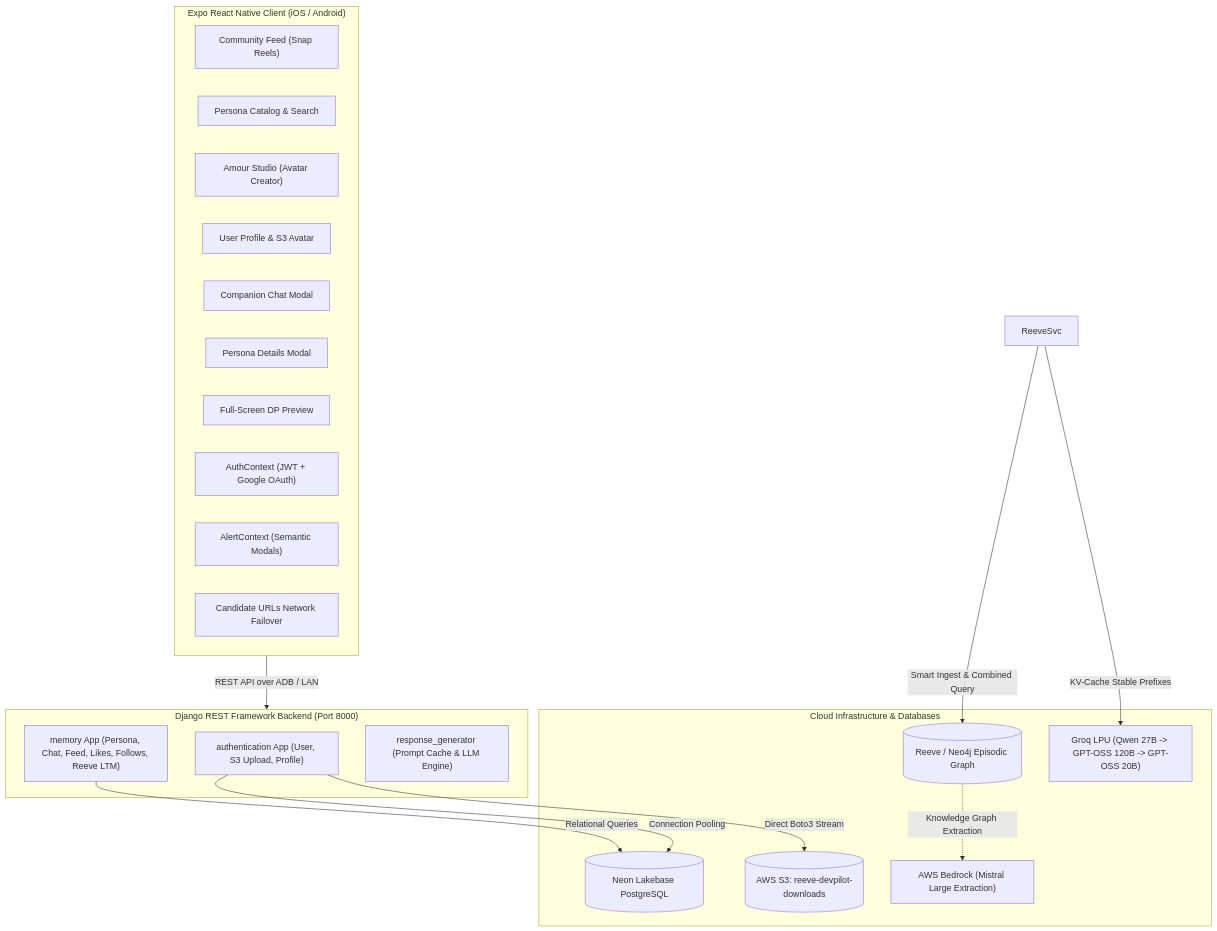
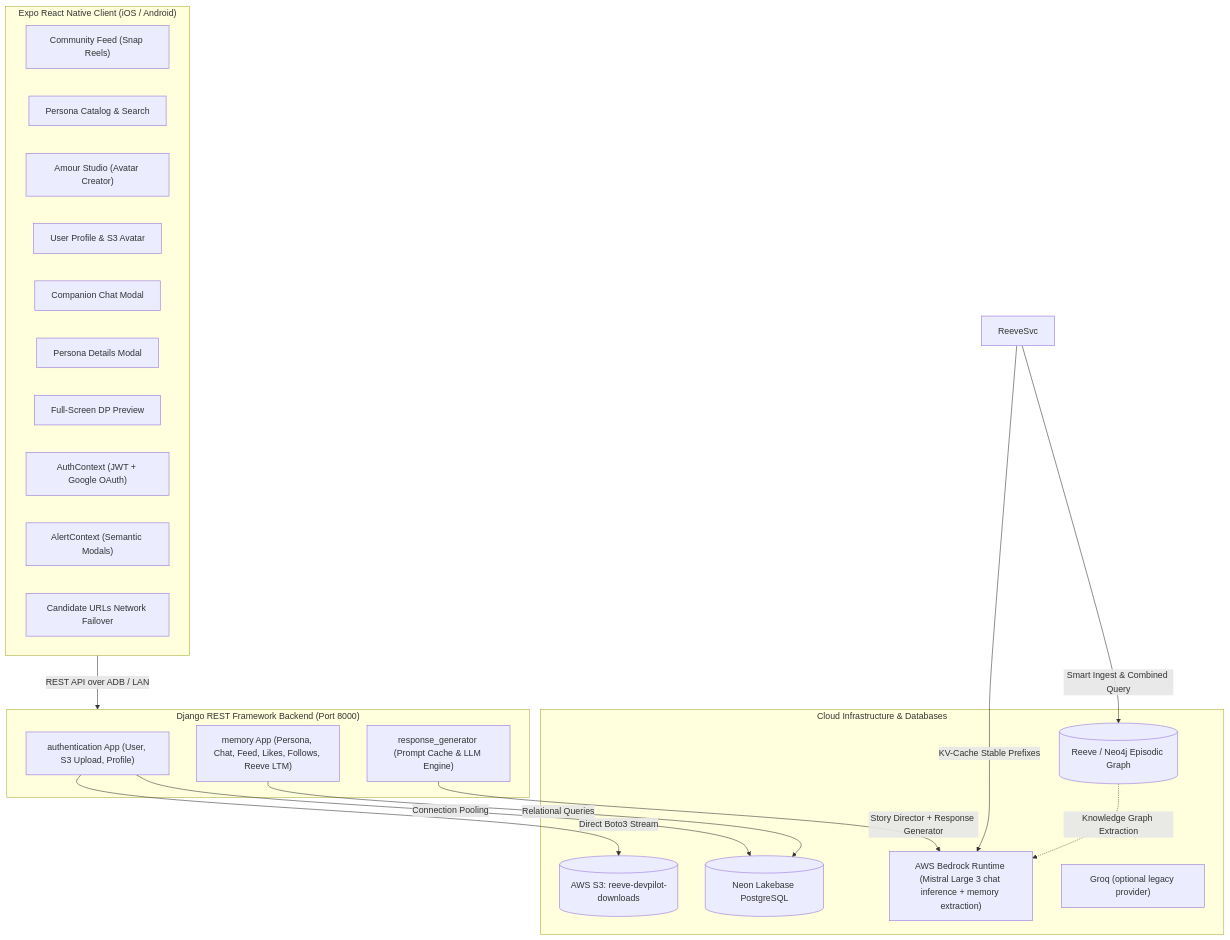
The first of 2 diagrams in SYSTEM_ARCHITECTURE_AND_ENGINEERING.md (Ampplex/Amour-AI), drawn with Mermaid before and after one commit. The commit also changed other lines of this file, not shown here.

Commit message:
Update architecture documentation for Bedrock chat inference

````diff
--- a/SYSTEM_ARCHITECTURE_AND_ENGINEERING.md
+++ b/SYSTEM_ARCHITECTURE_AND_ENGINEERING.md
@@ -39,38 +39,39 @@
 ```mermaid
 flowchart TD
     subgraph Client ["Expo React Native Client (iOS / Android)"]
         UI_Home["Community Feed (Snap Reels)"]
         UI_Personas["Persona Catalog & Search"]
         UI_Studio["Amour Studio (Avatar Creator)"]
         UI_Profile["User Profile & S3 Avatar"]
         UI_Chat["Companion Chat Modal"]
         UI_Detail["Persona Details Modal"]
         UI_Preview["Full-Screen DP Preview"]
         
         AuthCtx["AuthContext (JWT + Google OAuth)"]
         AlertCtx["AlertContext (Semantic Modals)"]
         NetFail["Candidate URLs Network Failover"]
     end
 
     subgraph Backend ["Django REST Framework Backend (Port 8000)"]
         AuthApp["authentication App (User, S3 Upload, Profile)"]
         MemApp["memory App (Persona, Chat, Feed, Likes, Follows, Reeve LTM)"]
         RespGen["response_generator (Prompt Cache & LLM Engine)"]
     end
 
     subgraph Storage ["Cloud Infrastructure & Databases"]
         NeonPG[("Neon Lakebase PostgreSQL")]
         S3Bucket[("AWS S3: reeve-devpilot-downloads")]
         ReeveGraph[("Reeve / Neo4j Episodic Graph")]
-        Bedrock["AWS Bedrock (Mistral Large Extraction)"]
-        Groq["Groq LPU (Qwen 27B -> GPT-OSS 120B -> GPT-OSS 20B)"]
+        Bedrock["AWS Bedrock Runtime (Mistral Large 3 chat inference + memory extraction)"]
+        Groq["Groq (optional legacy provider)"]
     end
 
     Client -->|REST API over ADB / LAN| Backend
     AuthApp -->|Connection Pooling| NeonPG
     AuthApp -->|Direct Boto3 Stream| S3Bucket
     MemApp -->|Relational Queries| NeonPG
     ReeveSvc -->|Smart Ingest & Combined Query| ReeveGraph
     ReeveGraph -.->|Knowledge Graph Extraction| Bedrock
-    ReeveSvc -->|KV-Cache Stable Prefixes| Groq
+    RespGen -->|Story Director + Response Generator| Bedrock
+    ReeveSvc -->|KV-Cache Stable Prefixes| Bedrock
 ```
````
